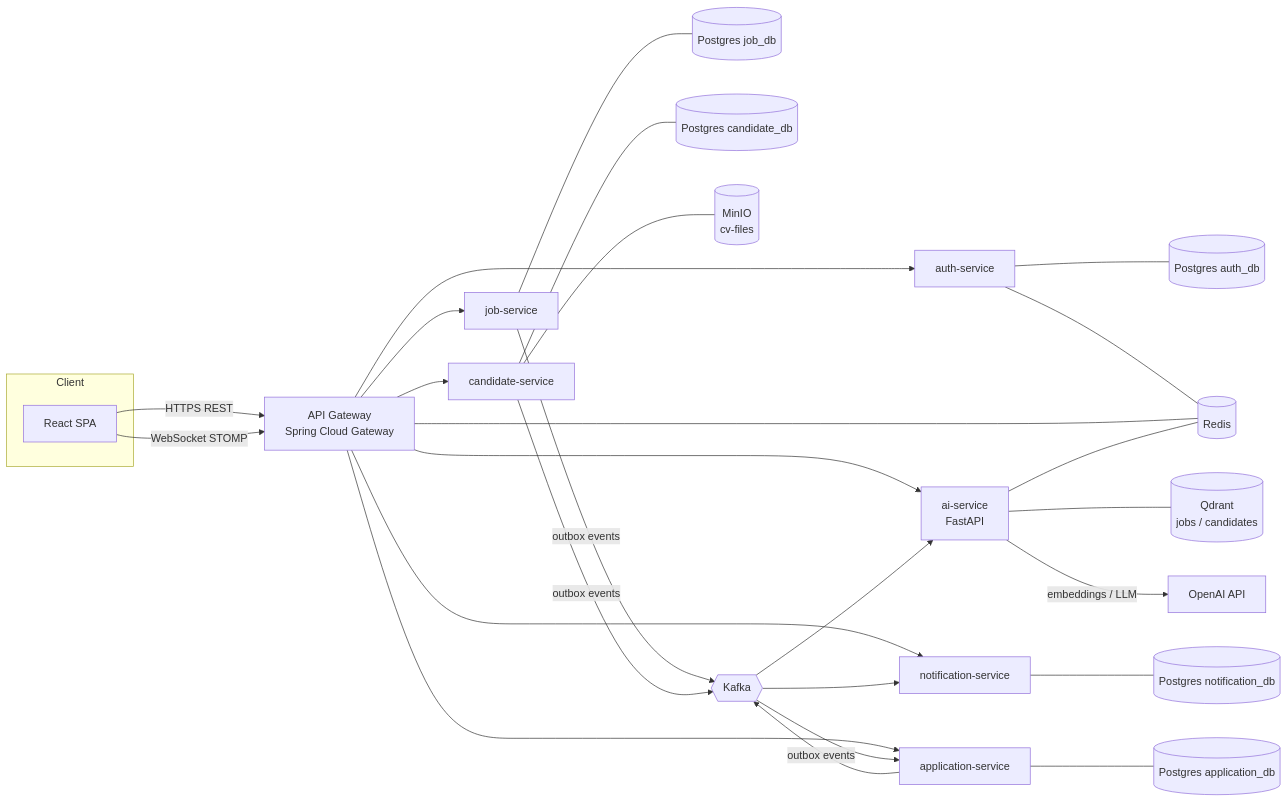
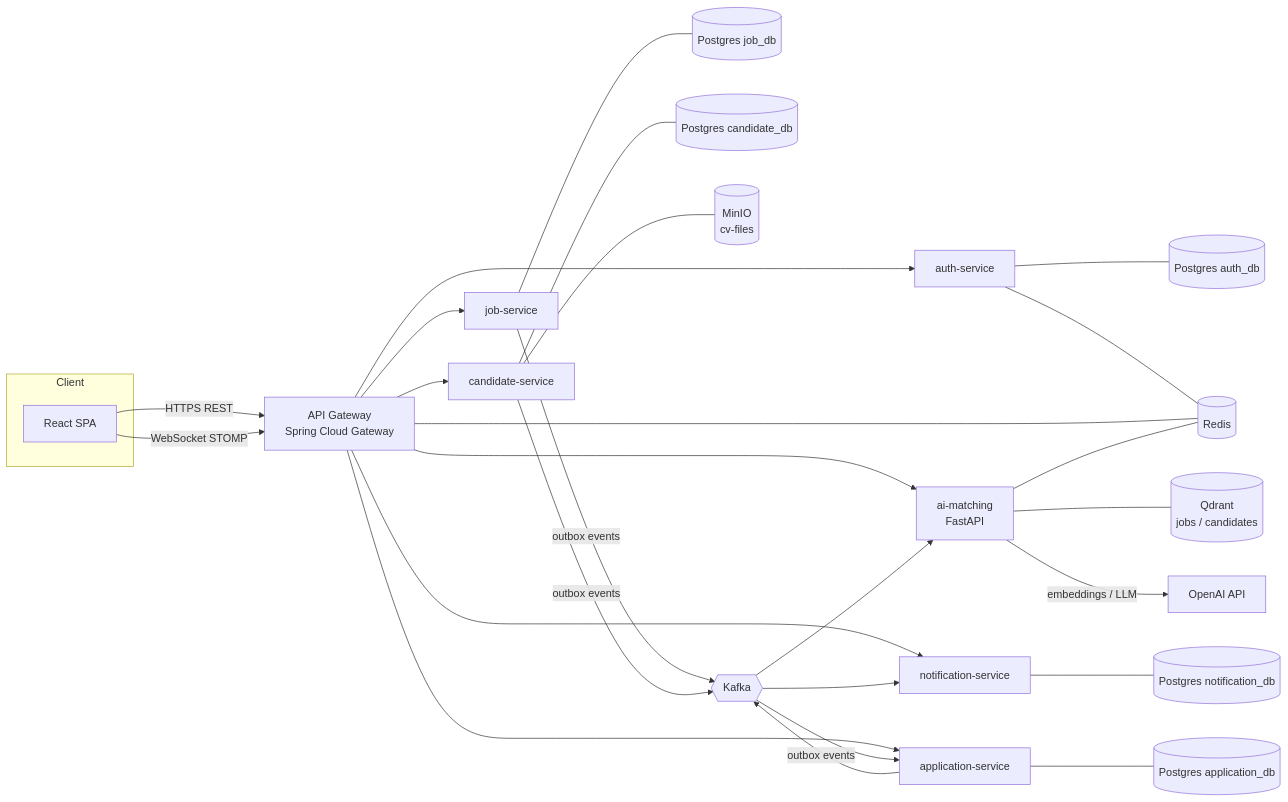
The first of 9 diagrams in ARCHITECTURE.md (nblfrommars/SmartHR_TalentMatch), drawn with Mermaid before and after one commit. The commit also changed other lines of this file and 25 other files, not shown here.

First line of the commit message:
feat(ai-matching): khởi tạo khung FastAPI và chuẩn hóa skill

````diff
--- a/ARCHITECTURE.md
+++ b/ARCHITECTURE.md
@@ -130,37 +130,37 @@
 ```mermaid
 flowchart LR
     subgraph Client
         FE[React SPA]
     end
 
     FE -- HTTPS REST --> GW[API Gateway<br/>Spring Cloud Gateway]
     FE -- WebSocket STOMP --> GW
 
     GW --> AUTH[auth-service]
     GW --> JOB[job-service]
     GW --> CAND[candidate-service]
     GW --> APP[application-service]
     GW --> NOTI[notification-service]
-    GW --> AI[ai-service<br/>FastAPI]
+    GW --> AI[ai-matching<br/>FastAPI]
 
     AUTH --- PGA[(Postgres auth_db)]
     JOB --- PGJ[(Postgres job_db)]
     CAND --- PGC[(Postgres candidate_db)]
     APP --- PGP[(Postgres application_db)]
     NOTI --- PGN[(Postgres notification_db)]
     CAND --- S3[(MinIO<br/>cv-files)]
 
     AUTH --- REDIS[(Redis)]
     GW --- REDIS
     AI --- REDIS
 
     JOB -- outbox events --> K{{Kafka}}
     CAND -- outbox events --> K
     APP -- outbox events --> K
     K --> AI
     K --> NOTI
     K --> APP
 
     AI --- QD[(Qdrant<br/>jobs / candidates)]
     AI -- embeddings / LLM --> OAI[OpenAI API]
 ```
````
